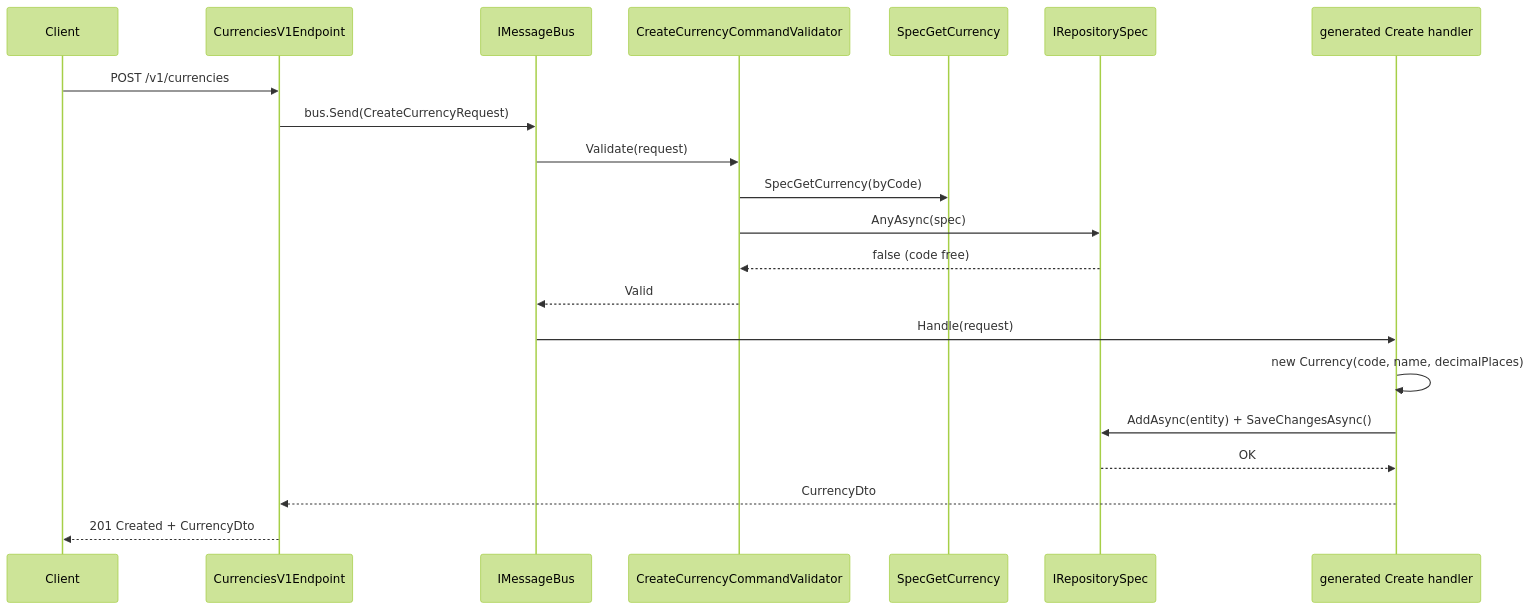
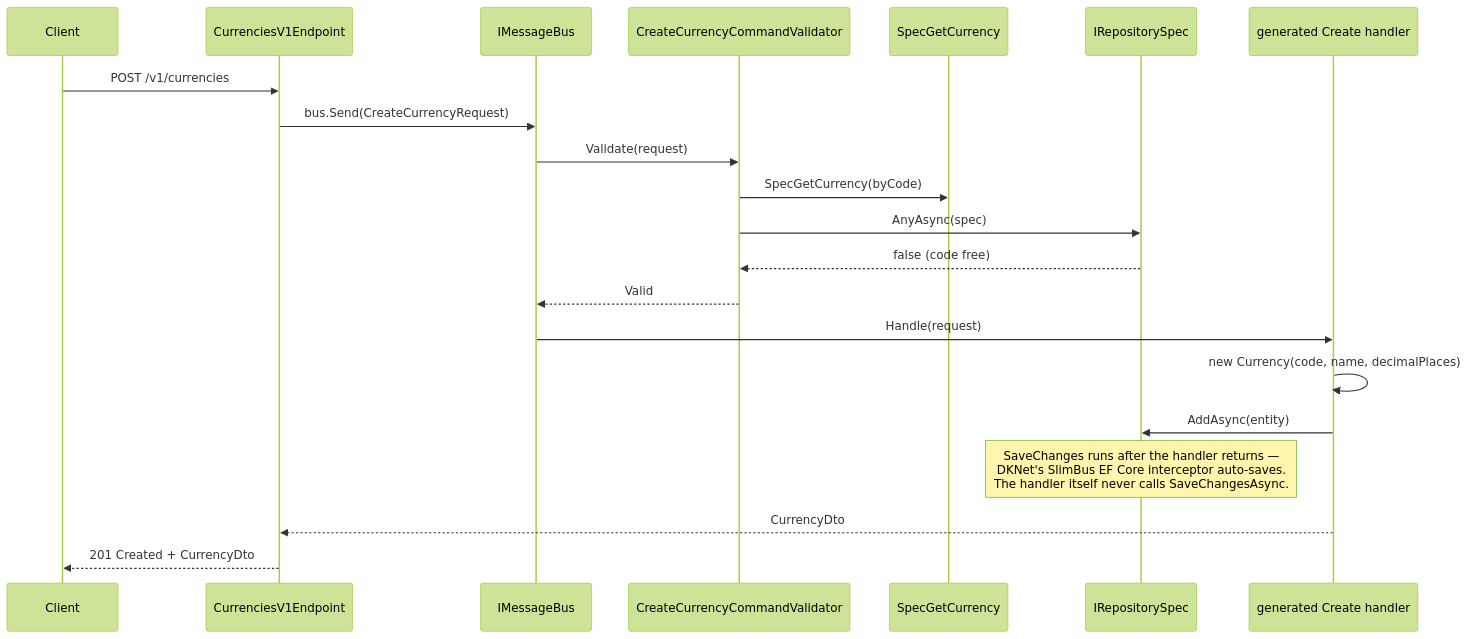
Before and after one commit to baoduy/DKNet.Accounts.Api: the second of 3 diagrams in docs/features/currencies/architecture.md, drawn with Mermaid (forest theme). The commit also changed other lines of this file and 13 other files, not shown here.

````diff
--- a/docs/features/currencies/architecture.md
+++ b/docs/features/currencies/architecture.md
@@ -49,24 +49,24 @@
 ```mermaid
 sequenceDiagram
     participant C as Client
     participant EP as CurrenciesV1Endpoint
     participant BUS as IMessageBus
     participant VAL as CreateCurrencyCommandValidator
     participant SPEC as SpecGetCurrency
     participant REPO as IRepositorySpec
     participant HDL as generated Create handler
 
     C->>EP: POST /v1/currencies
     EP->>BUS: bus.Send(CreateCurrencyRequest)
     BUS->>VAL: Validate(request)
     VAL->>SPEC: SpecGetCurrency(byCode)
     VAL->>REPO: AnyAsync(spec)
     REPO-->>VAL: false (code free)
     VAL-->>BUS: Valid
     BUS->>HDL: Handle(request)
     HDL->>HDL: new Currency(code, name, decimalPlaces)
-    HDL->>REPO: AddAsync(entity) + SaveChangesAsync()
-    REPO-->>HDL: OK
+    HDL->>REPO: AddAsync(entity)
+    Note over REPO: SaveChanges runs after the handler returns —<br/>DKNet's SlimBus EF Core interceptor auto-saves.<br/>The handler itself never calls SaveChangesAsync.
     HDL-->>EP: CurrencyDto
     EP-->>C: 201 Created + CurrencyDto
 ```
````
